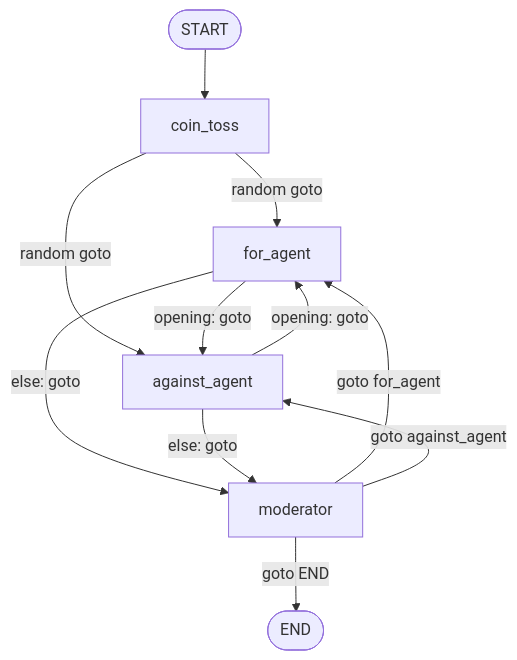
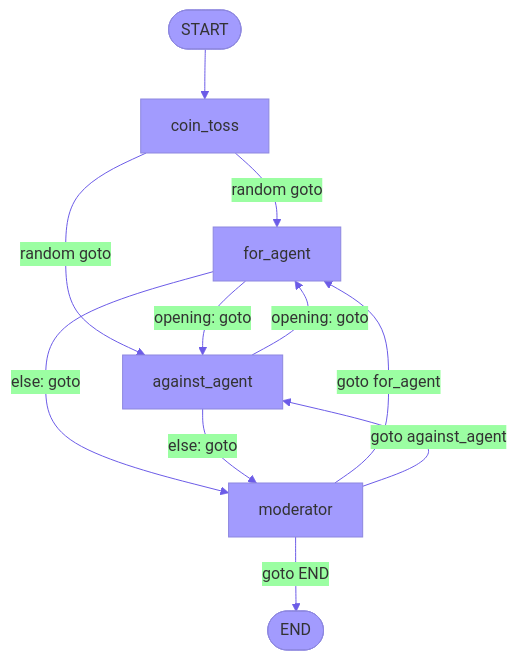
The second of 2 diagrams in README.md (srinivasrk/AgenticAIWorkflows), drawn with Mermaid before and after one commit. The commit also changed other lines of this file and 1 other file, not shown here.

````diff
--- a/README.md
+++ b/README.md
@@ -215,17 +263,18 @@
 ```mermaid
+%%{init: {'theme': 'base', 'themeVariables': { 'primaryColor': '#a29bfe', 'lineColor': '#6C5CE7'}}}%%
 flowchart TD
     S([START]) --> coin_toss[coin_toss]
 
     coin_toss -->|"random goto"| for_agent[for_agent]
     coin_toss -->|"random goto"| against_agent[against_agent]
 
     for_agent -->|"opening: goto"| against_agent
     for_agent -->|"else: goto"| moderator[moderator]
 
     against_agent -->|"opening: goto"| for_agent
     against_agent -->|"else: goto"| moderator
 
     moderator -->|"goto for_agent"| for_agent
     moderator -->|"goto against_agent"| against_agent
     moderator -->|"goto END"| E([END])
 ```
````
